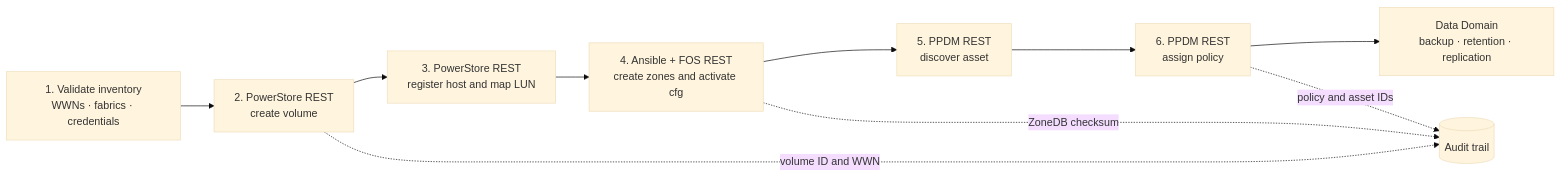
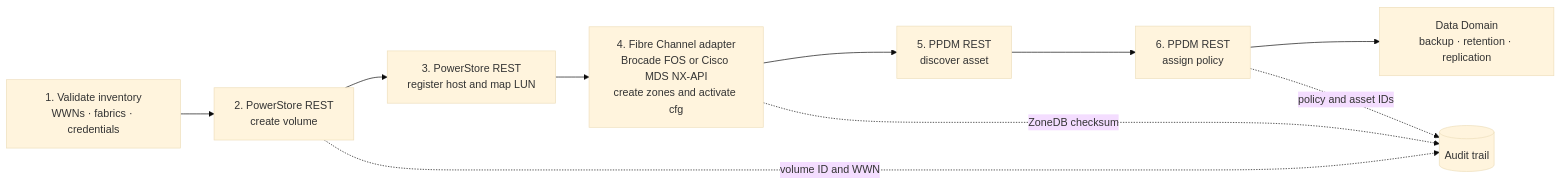
The first of 5 diagrams in README.md (AlessandroDaudt/Dell-PPDM-PowerStore), drawn with Mermaid (base theme) before and after one commit. The commit also changed other lines of this file and 17 other files, not shown here.

Commit message:
feat: add Cisco MDS Fibre Channel zoning

````diff
--- a/README.md
+++ b/README.md
@@ -9,13 +9,13 @@
 ```mermaid
 flowchart LR
     A[1. Validate inventory<br/>WWNs · fabrics · credentials] --> B[2. PowerStore REST<br/>create volume]
     B --> C[3. PowerStore REST<br/>register host and map LUN]
-    C --> D[4. Ansible + FOS REST<br/>create zones and activate cfg]
+    C --> D[4. Fibre Channel adapter<br/>Brocade FOS or Cisco MDS NX-API<br/>create zones and activate cfg]
     D --> E[5. PPDM REST<br/>discover asset]
     E --> F[6. PPDM REST<br/>assign policy]
     F --> G[Data Domain<br/>backup · retention · replication]
 
     B -. volume ID and WWN .-> H[(Audit trail)]
     D -. ZoneDB checksum .-> H
     F -. policy and asset IDs .-> H
 ```
````
